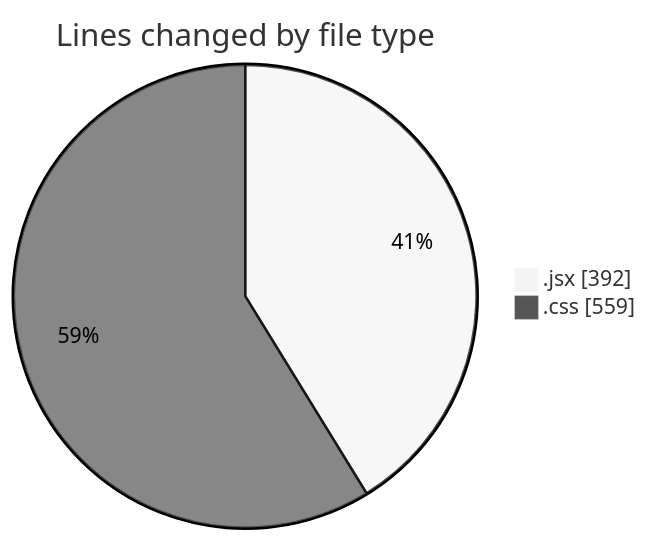
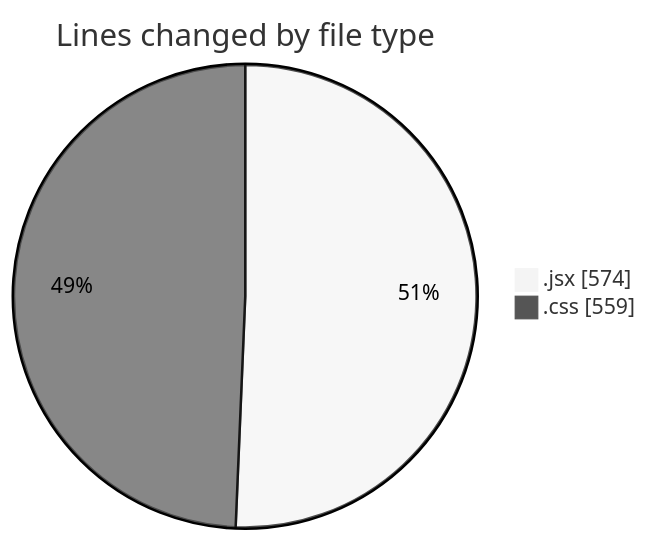
One commit to BS-eng2023/code-tracking changed the first of 2 diagrams in 2025-05-08/react/README.md. Above: the diagram before and after it, drawn with Mermaid (neutral theme). The commit also changed other lines of this file and 1 other file, not shown here.

````diff
--- a/2025-05-08/react/README.md
+++ b/2025-05-08/react/README.md
@@ -22,6 +24,6 @@
 ```mermaid
 pie showData
 title Lines changed by file type
-".jsx" : 392
+".jsx" : 574
 ".css" : 559
 ```
````
